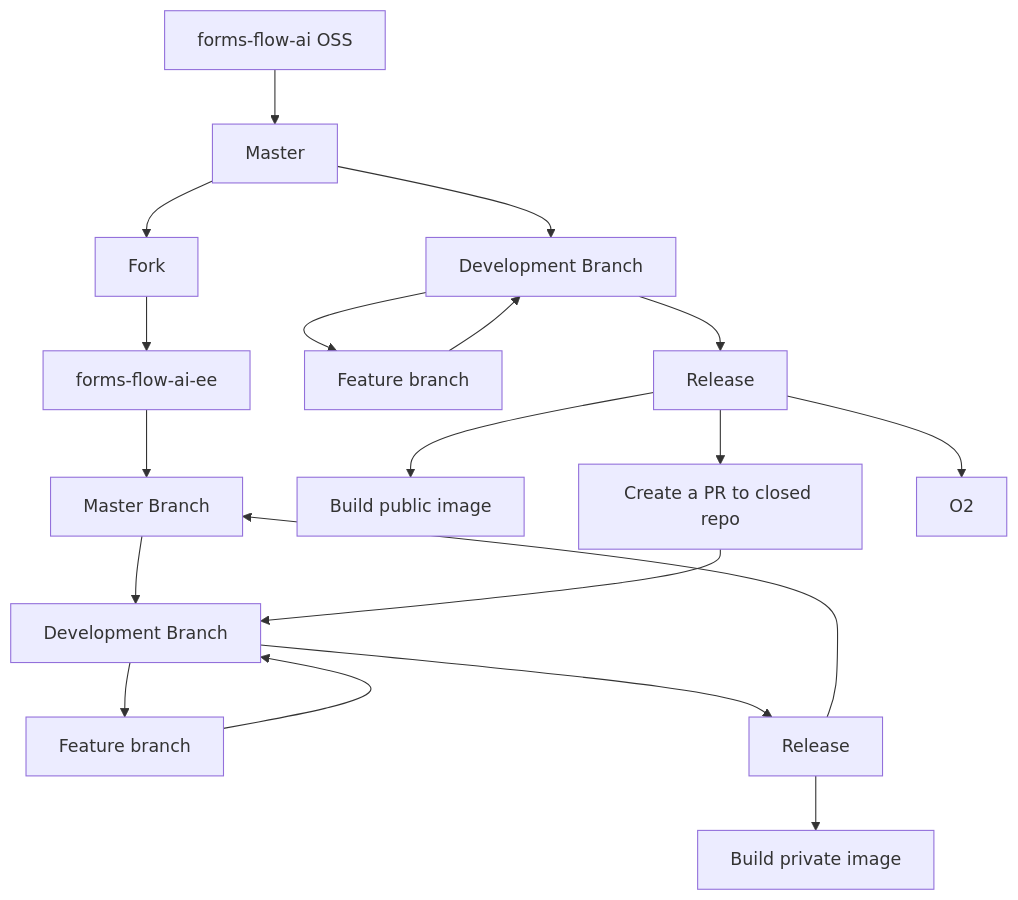
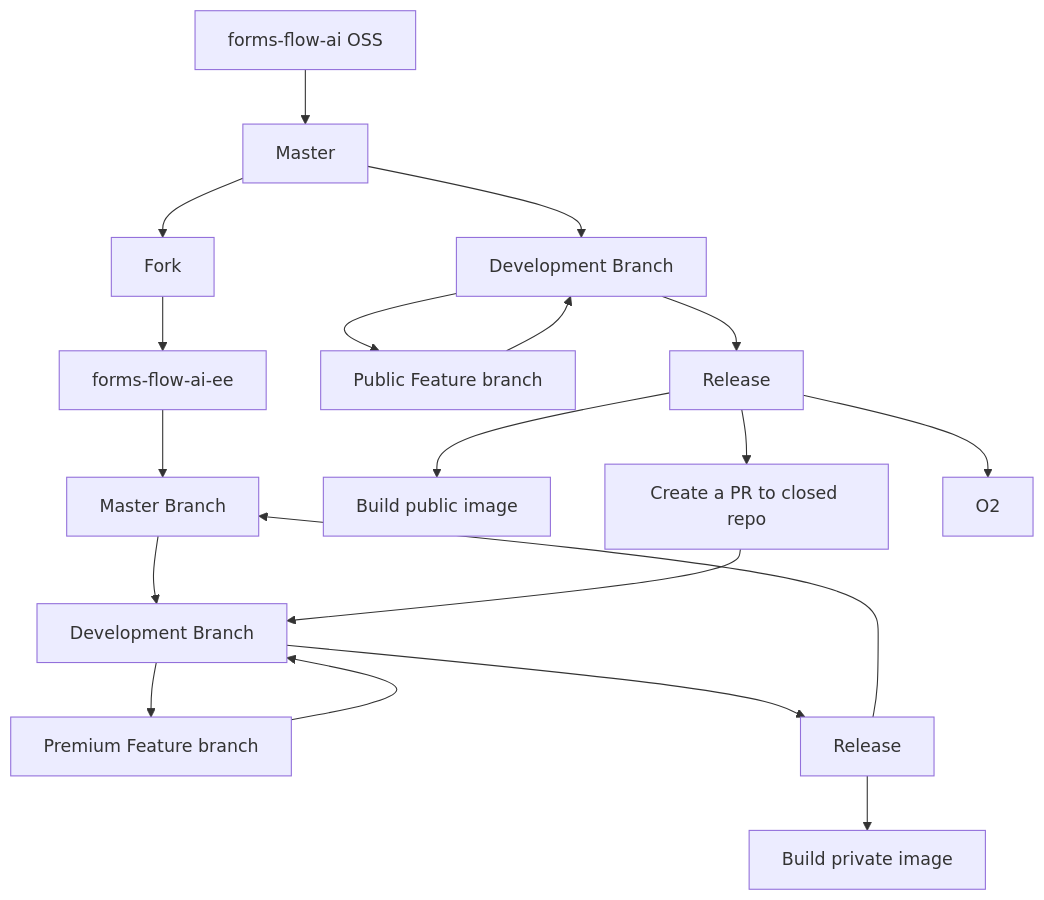
The second of 2 diagrams in rfcs/packaging-changes.md (sumesh-aot/forms-flow-ai-rfcs), drawn with Mermaid before and after one commit.

````diff
--- a/rfcs/packaging-changes.md
+++ b/rfcs/packaging-changes.md
@@ -40,23 +40,23 @@
 ```mermaid
 graph TD
   S1[forms-flow-ai OSS] --> C2[Master]
   C2 --> S2[Fork]
   S2 --> S3[forms-flow-ai-ee]
   S3 --> S4[Master Branch]
   S4 --> C3[Development Branch]
-  C3 --> C4[Feature branch]
+  C3 --> C4[Premium Feature branch]
   C4 --> C3
   C3 --> C5[Release]
   C5 --> C6[Build private image]
   C5 --> S4
 
   C2 --> O3[Development Branch]
-  O3 --> O4[Feature branch]
+  O3 --> O4[Public Feature branch]
   O4 --> O3
   O3 --> O5[Release]
   O5 --> O6[Build public image]
   O5 --> O7[Create a PR to closed repo]
   O7 --> C3
   O5 --> O2
 
 ```
````
